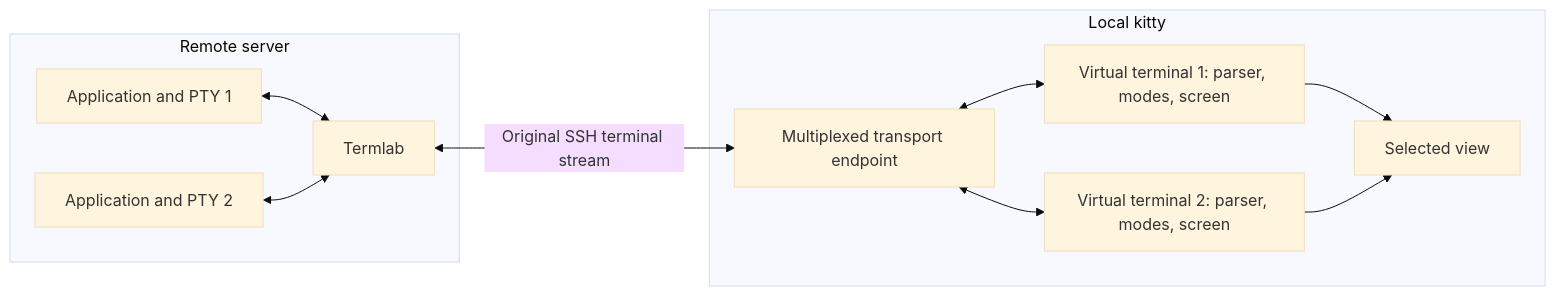
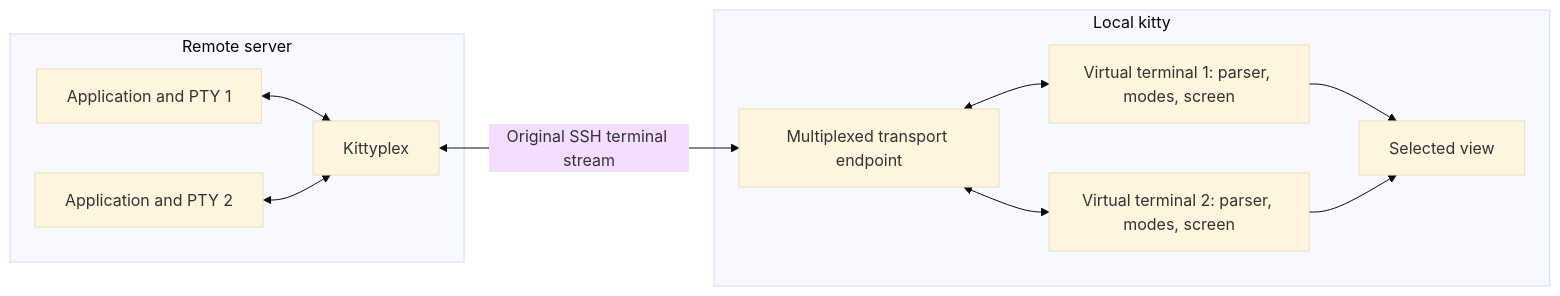
One commit to claes/kittyplex changed the second of 2 diagrams in docs/remote-session-architecture.md. Above: the diagram before and after it, drawn with Mermaid (base theme). The commit also changed other lines of this file and 40 other files, not shown here.

Commit message:
Rename from termlab to kittyplex

````diff
--- a/docs/remote-session-architecture.md
+++ b/docs/remote-session-architecture.md
@@ -334,15 +334,15 @@
 ```mermaid
 flowchart LR
     subgraph Remote["Remote server"]
-        A1["Application and PTY 1"] <--> T["Termlab"]
+        A1["Application and PTY 1"] <--> T["Kittyplex"]
         A2["Application and PTY 2"] <--> T
     end
     T <-->|"Original SSH terminal stream"| M
     subgraph Local["Local kitty"]
         M["Multiplexed transport endpoint"]
         M <--> V1["Virtual terminal 1: parser, modes, screen"]
         M <--> V2["Virtual terminal 2: parser, modes, screen"]
         V1 --> D["Selected view"]
         V2 --> D
     end
 ```
````
